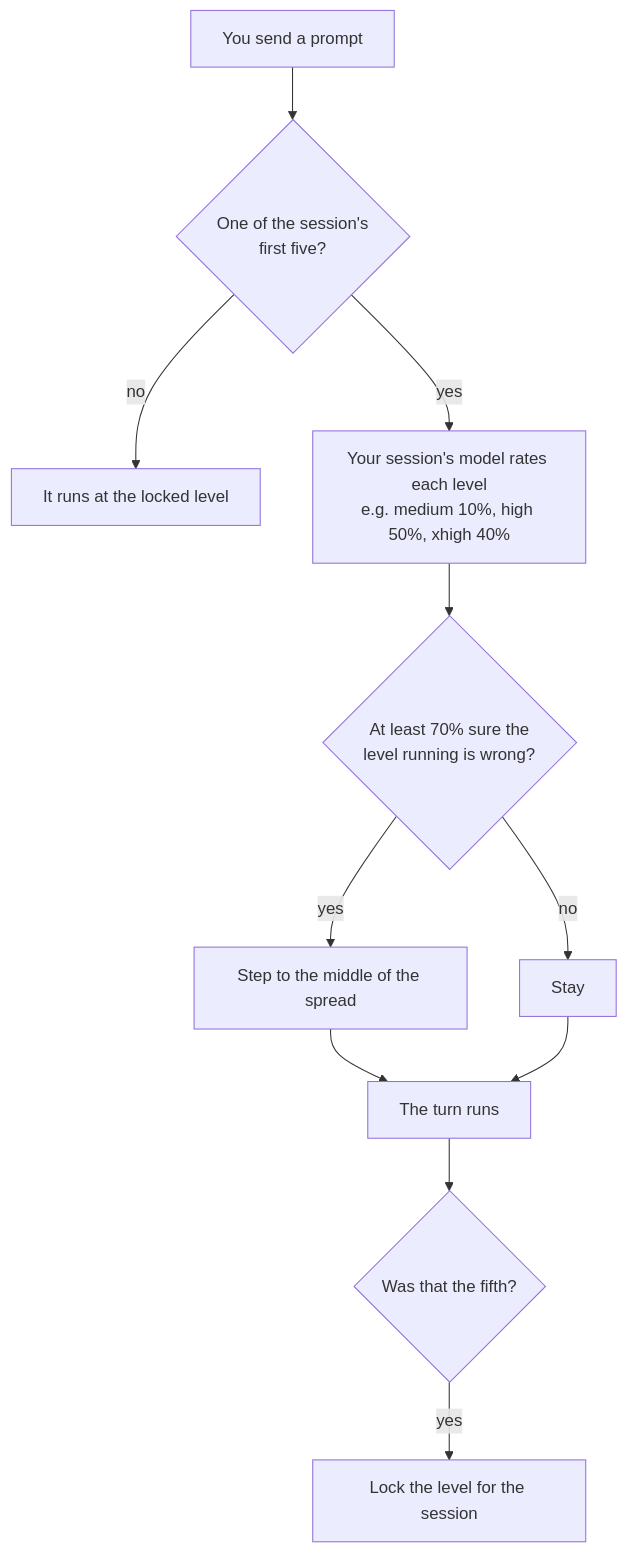
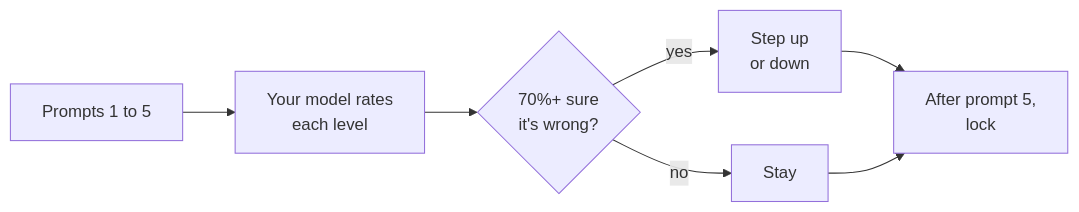
The diagram in effort-router/README.md (tommy5dollar/claude-mods), drawn with Mermaid before and after one commit.

Commit message:
effort-router README: a compact diagram with labels that fit

````diff
--- a/effort-router/README.md
+++ b/effort-router/README.md
@@ -74,13 +74,9 @@
 ```mermaid
-flowchart TD
-    P["You send a prompt"] --> F{"One of the session's<br>first five?"}
-    F -- "no" --> R["It runs at the locked level"]
-    F -- "yes" --> S["Your session's model rates each level<br>e.g. medium 10%, high 50%, xhigh 40%"]
-    S --> C{"At least 70% sure the<br>level running is wrong?"}
-    C -- "yes" --> M["Step to the middle of the spread"]
+flowchart LR
+    P["Prompts 1 to 5"] --> R["Your model rates<br>each level"]
+    R --> C{"70%+ sure<br>it's wrong?"}
+    C -- "yes" --> M["Step up<br>or down"]
     C -- "no" --> K["Stay"]
-    M --> T["The turn runs"]
-    K --> T
-    T --> L{"Was that the fifth?"}
-    L -- "yes" --> Lock["Lock the level for the session"]
+    M --> L["After prompt 5,<br>lock"]
+    K --> L
 ```
````
